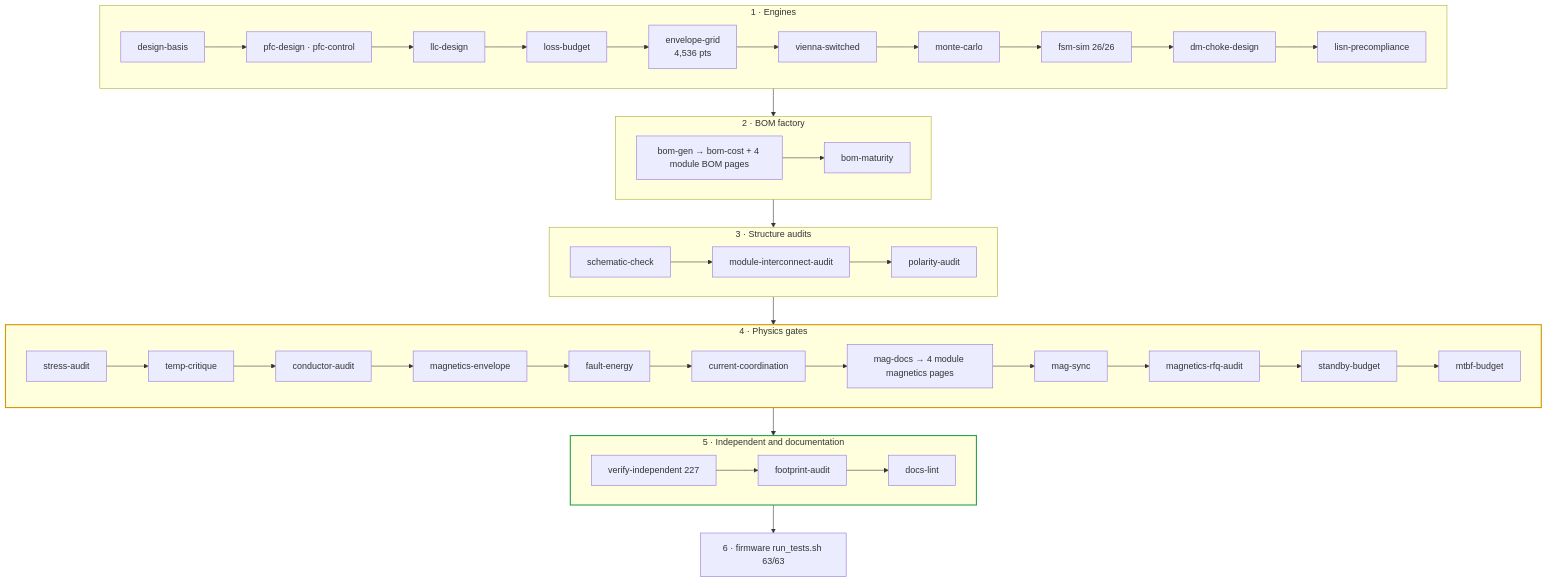
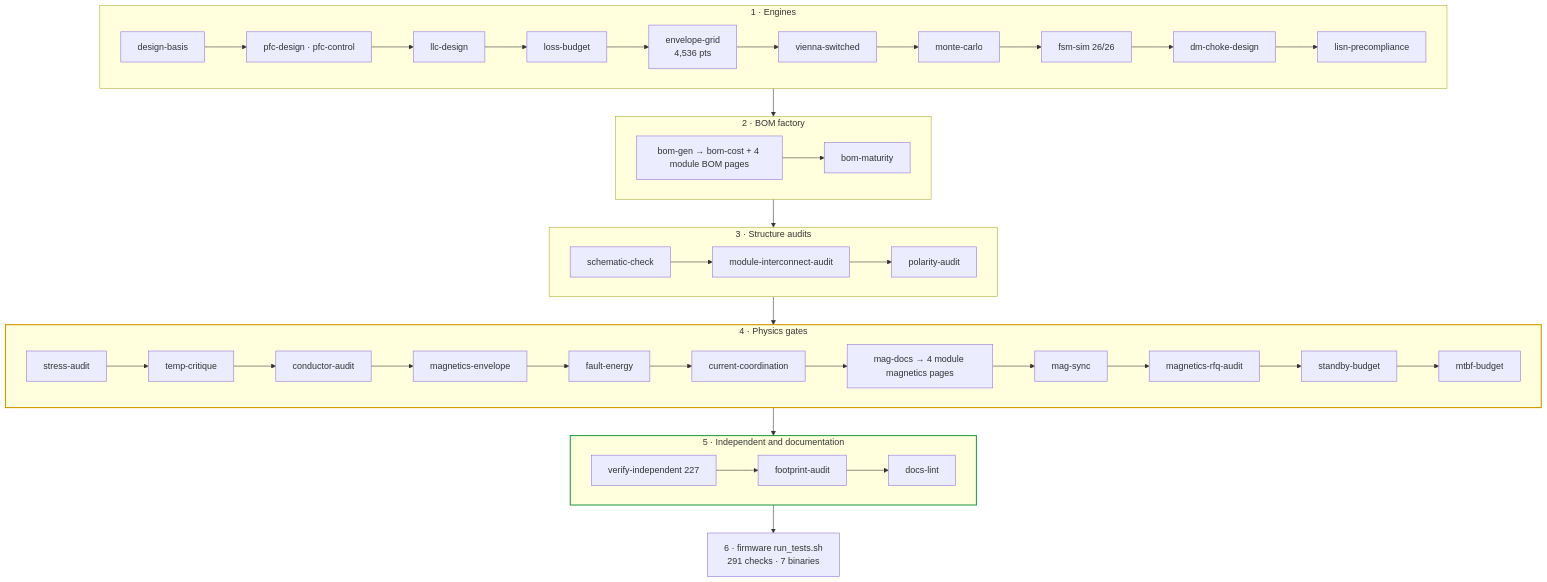
The first of 2 diagrams in calculations/README.md (vectivolt/DC-Modules), drawn with Mermaid before and after one commit. The commit also changed other lines of this file and 37 other files, not shown here.

First line of the commit message:
E81 docs: premium polish pass — 42 pages restructured, 80 diagrams, 61+ stale claims fixed, gates synced

````diff
--- a/calculations/README.md
+++ b/calculations/README.md
@@ -26,29 +37,29 @@
 ```mermaid
 flowchart TB
   subgraph ENG["1 · Engines"]
     direction LR
     DB["design-basis"] --> PFC["pfc-design · pfc-control"] --> LLC["llc-design"] --> LOSS["loss-budget"]
     LOSS --> GRID["envelope-grid<br/>4,536 pts"] --> VS["vienna-switched"] --> MC["monte-carlo"] --> FSM["fsm-sim 26/26"]
     FSM --> DM["dm-choke-design"] --> LISN["lisn-precompliance"]
   end
   subgraph BOM["2 · BOM factory"]
     direction LR
     BG["bom-gen → bom-cost + 4 module BOM pages"] --> BM["bom-maturity"]
   end
   subgraph STR["3 · Structure audits"]
     direction LR
     SC["schematic-check"] --> MIA["module-interconnect-audit"] --> PA["polarity-audit"]
   end
   subgraph PHY["4 · Physics gates"]
     direction LR
     SA["stress-audit"] --> TC["temp-critique"] --> CA["conductor-audit"] --> ME["magnetics-envelope"] --> FE["fault-energy"] --> CC["current-coordination"] --> MD["mag-docs → 4 module magnetics pages"] --> MS["mag-sync"] --> RFQ["magnetics-rfq-audit"] --> SBY["standby-budget"] --> MTB["mtbf-budget"]
   end
   subgraph IND["5 · Independent and documentation"]
     direction LR
     VI["verify-independent 227"] --> FA["footprint-audit"] --> DL["docs-lint"]
   end
-  FW["6 · firmware run_tests.sh 63/63"]
+  FW["6 · firmware run_tests.sh<br/>291 checks · 7 binaries"]
   ENG --> BOM --> STR --> PHY --> IND --> FW
   style PHY stroke:#d19a00,stroke-width:2px
   style IND stroke:#2ea44f,stroke-width:2px
 ```
````
